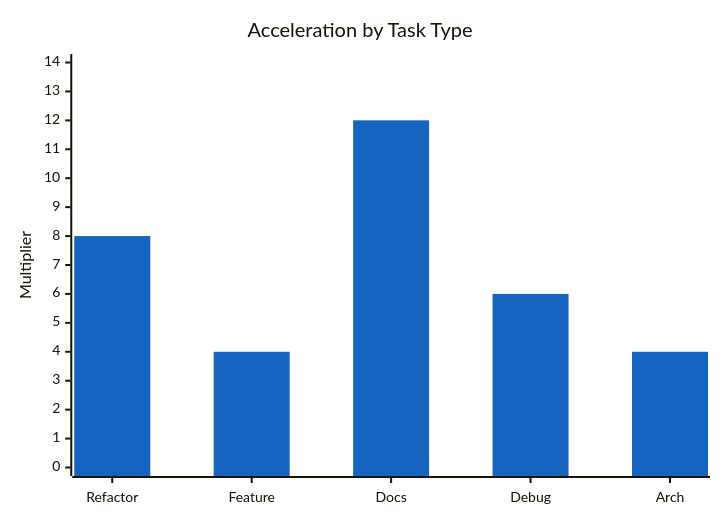
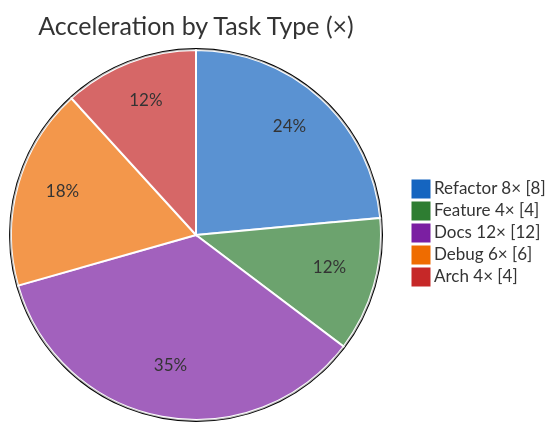
Before and after one commit to fabioc-aloha/Alex_Plug_In: the fifth of 20 diagrams in alex_docs/AI-ASSISTED-DEVELOPMENT-METHODOLOGY.md, drawn with Mermaid. The commit also changed other lines of this file, not shown here.

Commit message:
fix: replace monochrome bar chart with colored pie + visual table
xychart-beta doesn't support per-bar colors in Mermaid.
Replaced with:
- Pie chart with proper color theming (pie1-pie5)
- ASCII bar table with emojis for clear task identification

Both visualizations now render with distinct colors.

````diff
--- a/alex_docs/AI-ASSISTED-DEVELOPMENT-METHODOLOGY.md
+++ b/alex_docs/AI-ASSISTED-DEVELOPMENT-METHODOLOGY.md
@@ -354,8 +354,10 @@
 ```mermaid
-%%{init: {'theme': 'base', 'themeVariables': { 'xyChart': {'plotColorPalette': '#1565c0, #2e7d32, #7b1fa2, #ef6c00, #c62828'}, 'primaryTextColor': '#1f2328'}}}%%
-xychart-beta
-    title "Acceleration by Task Type"
-    x-axis [Refactor, Feature, Docs, Debug, Arch]
-    y-axis "Multiplier" 0 --> 14
-    bar [8, 4, 12, 6, 4]
+%%{init: {'theme': 'base', 'themeVariables': { 'pie1': '#1565c0', 'pie2': '#2e7d32', 'pie3': '#7b1fa2', 'pie4': '#ef6c00', 'pie5': '#c62828', 'pieStrokeColor': '#ffffff', 'pieStrokeWidth': '2px'}}}%%
+pie showData
+    title Acceleration by Task Type (×)
+    "Refactor 8×" : 8
+    "Feature 4×" : 4
+    "Docs 12×" : 12
+    "Debug 6×" : 6
+    "Arch 4×" : 4
 ```
````
